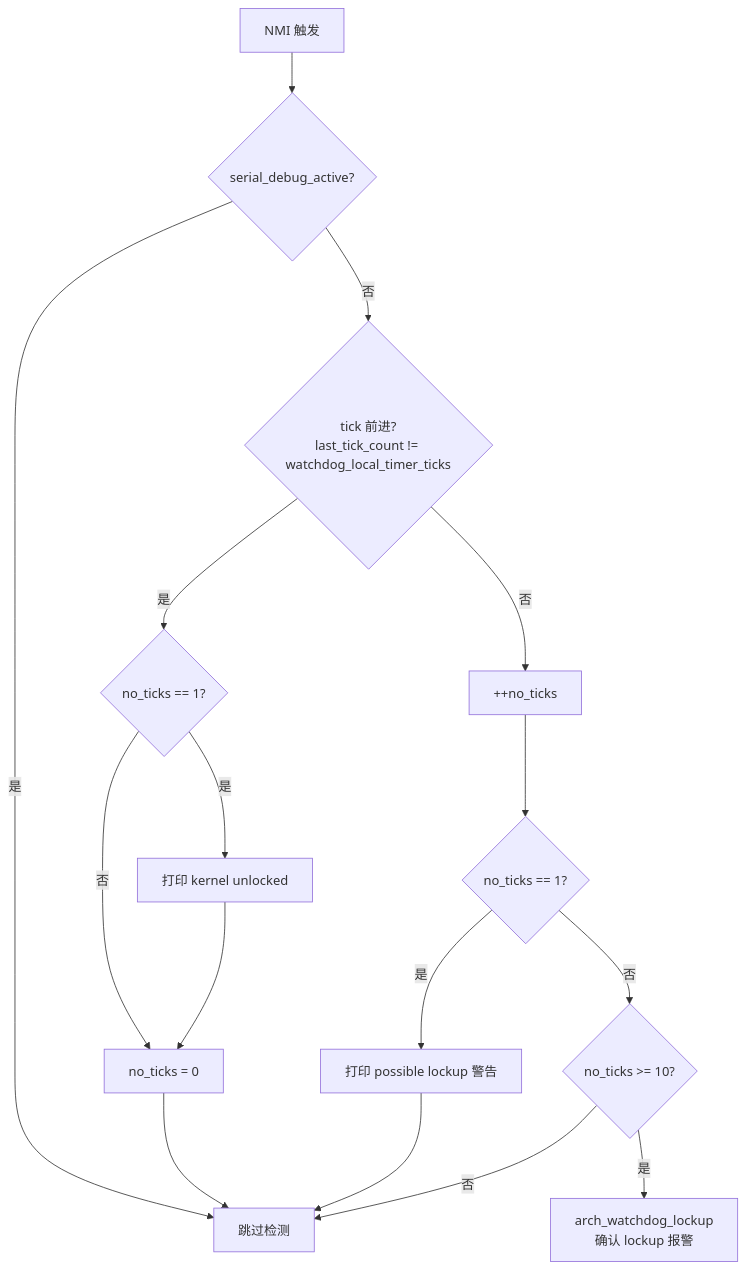
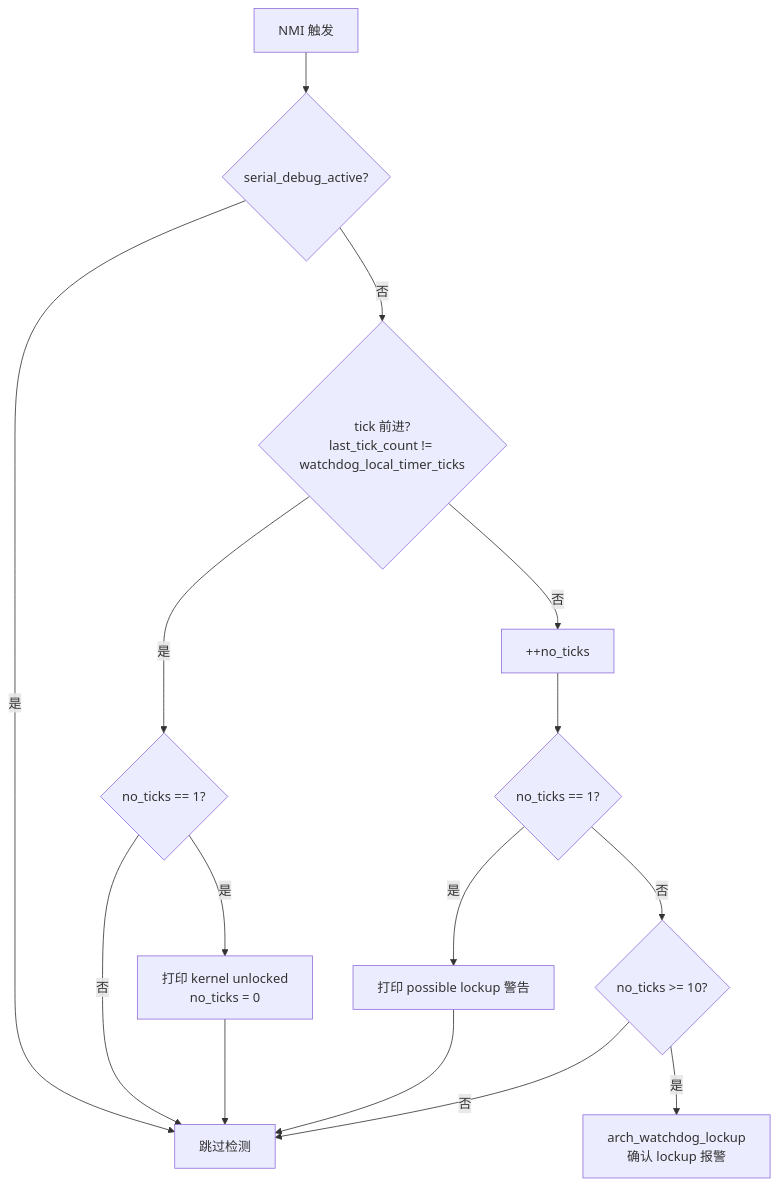
One commit to x5zone/minix-rs changed the diagram in notes/rewrite/fork-syscall-rewrite/01-stage-kernel/26-watchdog.md. Above: the diagram before and after it, drawn with Mermaid. The commit also changed other lines of this file and 1 other file, not shown here.

First line of the commit message:
01-stage-kernel: 26-watchdog 深度 full-review 修复 — lockup_check 清零语义 + 跨文档引用 + 代码注释虚构位置 (Round 26)

````diff
--- a/notes/rewrite/fork-syscall-rewrite/01-stage-kernel/26-watchdog.md
+++ b/notes/rewrite/fork-syscall-rewrite/01-stage-kernel/26-watchdog.md
@@ -107,18 +109,17 @@
 ```mermaid
 flowchart TD
     A[NMI 触发] --> B{serial_debug_active?}
     B -- 是 --> Z[跳过检测]
     B -- 否 --> C{tick 前进?<br/>last_tick_count != watchdog_local_timer_ticks}
     C -- 是 --> D{no_ticks == 1?}
-    D -- 是 --> E[打印 kernel unlocked]
-    D -- 否 --> F[no_ticks = 0]
-    E --> F
-    F --> Z
+    D -- 是 --> E[打印 kernel unlocked<br/>no_ticks = 0]
+    D -- 否 --> Z
+    E --> Z
     C -- 否 --> G[++no_ticks]
     G --> H{no_ticks == 1?}
     H -- 是 --> I[打印 possible lockup 警告]
     H -- 否 --> J{no_ticks >= 10?}
     I --> Z
     J -- 否 --> Z
     J -- 是 --> K[arch_watchdog_lockup<br/>确认 lockup 报警]
 ```
````
